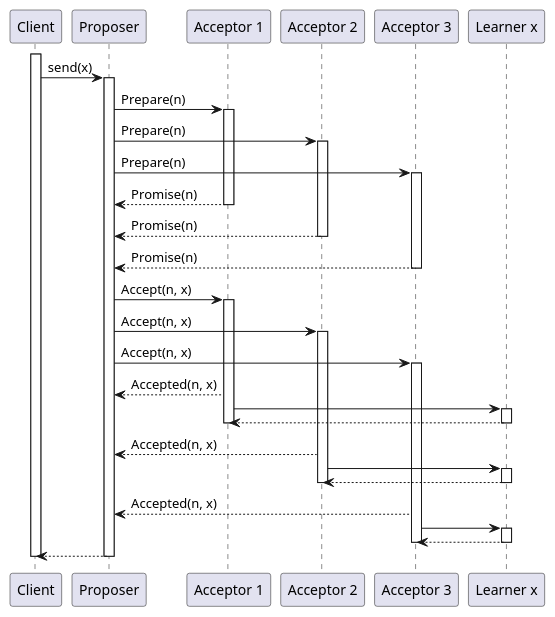
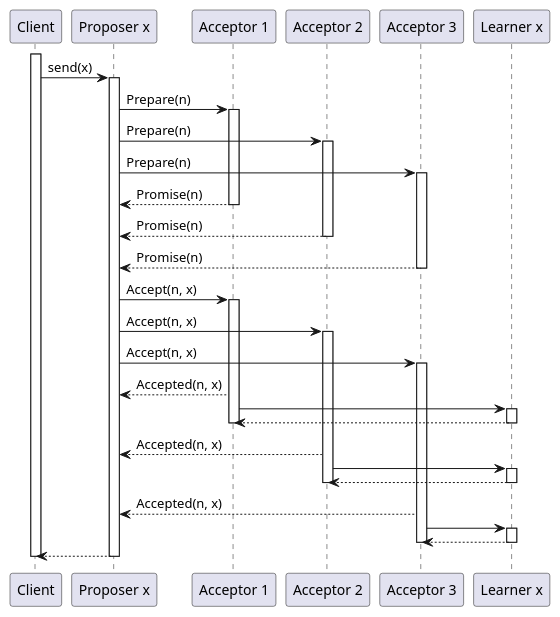
One commit to nocnob/notfound changed the second of 3 diagrams in src/pages/posts/distribution-paxos-basic.adoc. Above: the diagram before and after it, drawn with PlantUML. The commit also changed 2 other files, not shown here.

```diff
--- a/src/pages/posts/distribution-paxos-basic.adoc
+++ b/src/pages/posts/distribution-paxos-basic.adoc
@@ -53,57 +53,57 @@
 [source,plantuml]
 ----
 @startuml
 participant Client as c
-participant Proposer as p
+participant "Proposer x" as p
 participant "Acceptor 1" as a1
 participant "Acceptor 2" as a2
 participant "Acceptor 3" as a3
 participant "Learner x" as lx
 
 activate c
 c -> p : send(x)
 activate p
 
 p -> a1 : Prepare(n)
 activate a1
 p -> a2 : Prepare(n)
 activate a2
 p -> a3 : Prepare(n)
 activate a3
 p <-- a1 : Promise(n)
 deactivate a1
 p <-- a2 : Promise(n)
 deactivate a2
 p <-- a3 : Promise(n)
 deactivate a3
 
 p -> a1 : Accept(n, x)
 activate a1
 p -> a2 : Accept(n, x)
 activate a2
 p -> a3 : Accept(n, x)
 activate a3
 p <-- a1 : Accepted(n, x)
 a1 -> lx
 activate lx
 a1 <-- lx
 deactivate lx
 deactivate a1
 p <-- a2 : Accepted(n, x)
 a2 -> lx
 activate lx
 a2 <-- lx
 deactivate lx
 deactivate a2
 p <-- a3 : Accepted(n, x)
 a3 -> lx
 activate lx
 a3 <-- lx
 deactivate lx
 deactivate a3
 
 c <-- p
 deactivate p
 deactivate c
 @enduml
 ----
```
